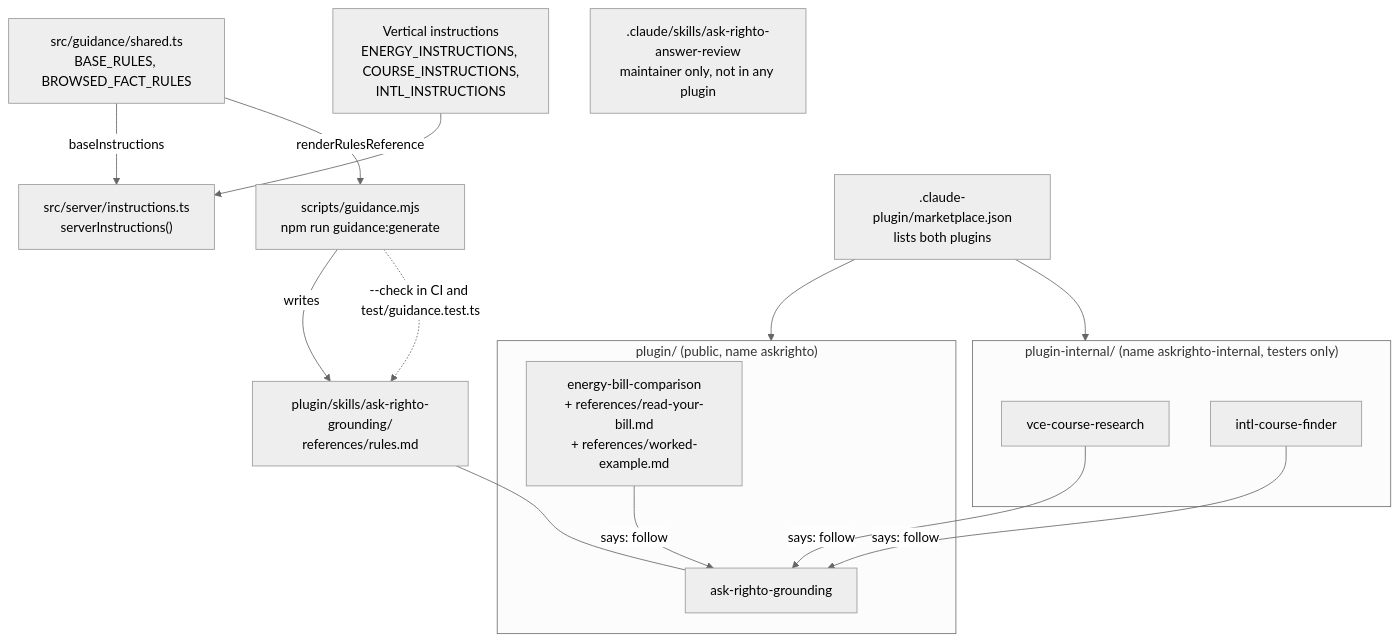
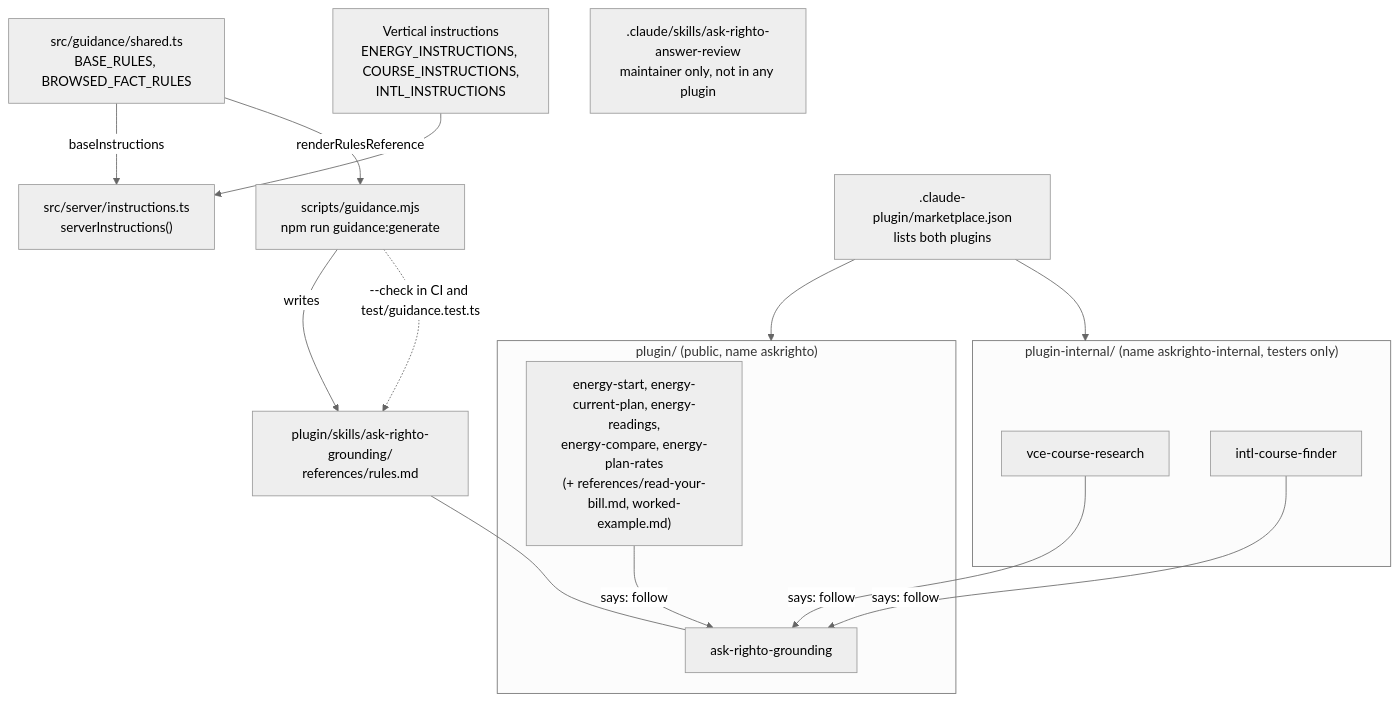
Before and after one commit to feimacode/askrighto: the first of 2 diagrams in docs/areas/skills-and-plugins.md, drawn with Mermaid (neutral theme). The commit also changed other lines of this file and 39 other files, not shown here.

````diff
--- a/docs/areas/skills-and-plugins.md
+++ b/docs/areas/skills-and-plugins.md
@@ -16,24 +16,24 @@
 ```mermaid
 flowchart TB
   SH["src/guidance/shared.ts<br/>BASE_RULES, BROWSED_FACT_RULES"] -->|baseInstructions| SI["src/server/instructions.ts<br/>serverInstructions()"]
   SH -->|renderRulesReference| GEN["scripts/guidance.mjs<br/>npm run guidance:generate"]
   GEN -->|writes| RULES["plugin/skills/ask-righto-grounding/<br/>references/rules.md"]
   GEN -.->|"--check in CI and test/guidance.test.ts"| RULES
   VI["Vertical instructions<br/>ENERGY_INSTRUCTIONS, COURSE_INSTRUCTIONS,<br/>INTL_INSTRUCTIONS"] --> SI
 
   subgraph PUB["plugin/ (public, name askrighto)"]
     G["ask-righto-grounding"]
-    E["energy-bill-comparison<br/>+ references/read-your-bill.md<br/>+ references/worked-example.md"]
+    E["energy-start, energy-current-plan, energy-readings,<br/>energy-compare, energy-plan-rates<br/>(+ references/read-your-bill.md, worked-example.md)"]
   end
   subgraph INT["plugin-internal/ (name askrighto-internal, testers only)"]
     V["vce-course-research"]
     I["intl-course-finder"]
   end
   MKT[".claude-plugin/marketplace.json<br/>lists both plugins"] --> PUB
   MKT --> INT
   E -->|"says: follow"| G
   V -->|"says: follow"| G
   I -->|"says: follow"| G
   RULES --- G
   MAINT[".claude/skills/ask-righto-answer-review<br/>maintainer only, not in any plugin"]
 ```
````
